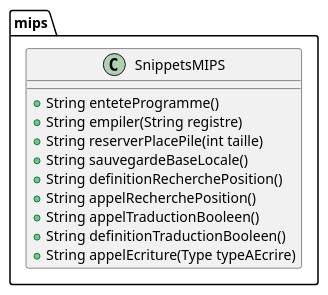
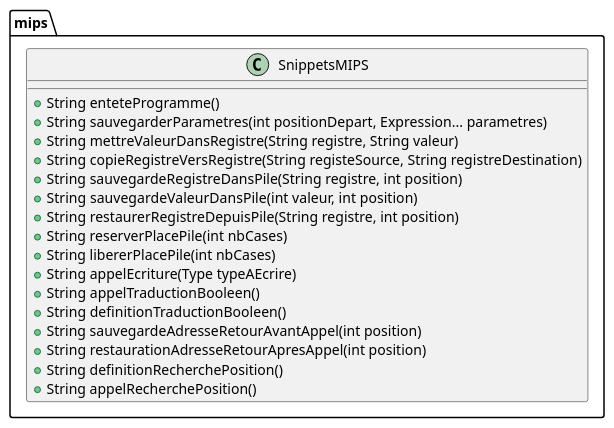
One commit to wehddn/L3-Compilation-Projet changed the diagram in src/Diagrammes/mips.puml. Above: the diagram before and after it, drawn with PlantUML. The commit also changed 24 other files, not shown here.

Commit message:
Mise a jour selon le diagramme

```diff
--- a/src/Diagrammes/mips.puml
+++ b/src/Diagrammes/mips.puml
@@ -1,15 +1,22 @@
 @startuml
 package mips {
 	class SnippetsMIPS {
 	+ String enteteProgramme()
-	+ String empiler(String registre)
-	+ String reserverPlacePile(int taille)
-	+ String sauvegardeBaseLocale()
+	+ String sauvegarderParametres(int positionDepart, Expression... parametres)
+	+ String mettreValeurDansRegistre(String registre, String valeur)
+	+ String copieRegistreVersRegistre(String registeSource, String registreDestination)
+	+ String sauvegardeRegistreDansPile(String registre, int position)
+	+ String sauvegardeValeurDansPile(int valeur, int position)
+	+ String restaurerRegistreDepuisPile(String registre, int position)
+	+ String reserverPlacePile(int nbCases)
+	+ String libererPlacePile(int nbCases)
+	+ String appelEcriture(Type typeAEcrire)
+	+ String appelTraductionBooleen()
+	+ String definitionTraductionBooleen()
+	+ String sauvegardeAdresseRetourAvantAppel(int position)
+	+ String restaurationAdresseRetourApresAppel(int position)
 	+ String definitionRecherchePosition()
 	+ String appelRecherchePosition()
-	+ String appelTraductionBooleen()
-	+ String definitionTraductionBooleen()
-	+ String appelEcriture(Type typeAEcrire)
-}
+	}
 }
 @enduml
```
